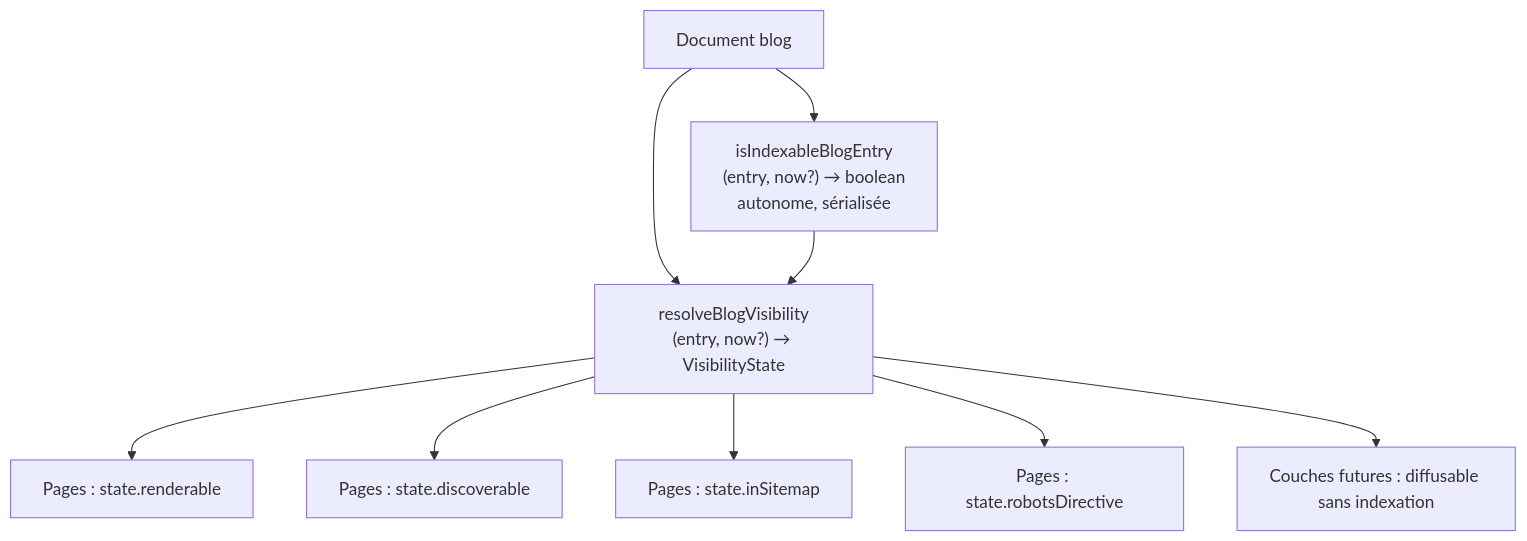
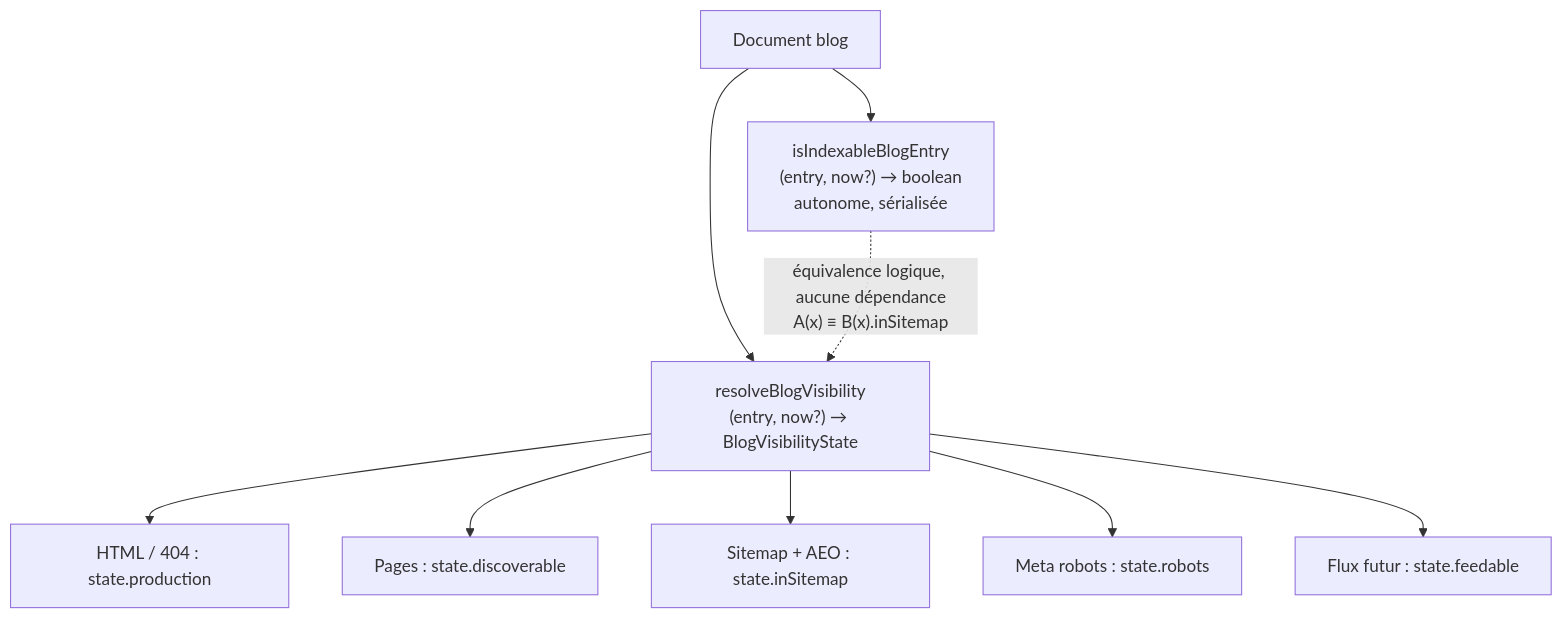
Before and after one commit to zohac/jouan.ovh: the second of 4 diagrams in docs/planning-artifacts/architecture-blog-editorial.md, drawn with Mermaid. The commit also changed other lines of this file and 13 other files, not shown here.

````diff
--- a/docs/planning-artifacts/architecture-blog-editorial.md
+++ b/docs/planning-artifacts/architecture-blog-editorial.md
@@ -150,11 +150,11 @@
 ```mermaid
 flowchart TD
   DOC["Document blog"] --> A["isIndexableBlogEntry<br/>(entry, now?) → boolean<br/>autonome, sérialisée"]
-  DOC --> B["resolveBlogVisibility<br/>(entry, now?) → VisibilityState"]
-  A --> B
-  B --> USE1["Pages : state.renderable"]
+  DOC --> B["resolveBlogVisibility<br/>(entry, now?) → BlogVisibilityState"]
+  A -.->|"équivalence logique, aucune dépendance<br/>A(x) ≡ B(x).inSitemap"| B
+  B --> USE1["HTML / 404 : state.production"]
   B --> USE2["Pages : state.discoverable"]
-  B --> USE3["Pages : state.inSitemap"]
-  B --> USE4["Pages : state.robotsDirective"]
-  B --> USE5["Couches futures : diffusable sans indexation"]
+  B --> USE3["Sitemap + AEO : state.inSitemap"]
+  B --> USE4["Meta robots : state.robots"]
+  B --> USE5["Flux futur : state.feedable"]
 ```
````
